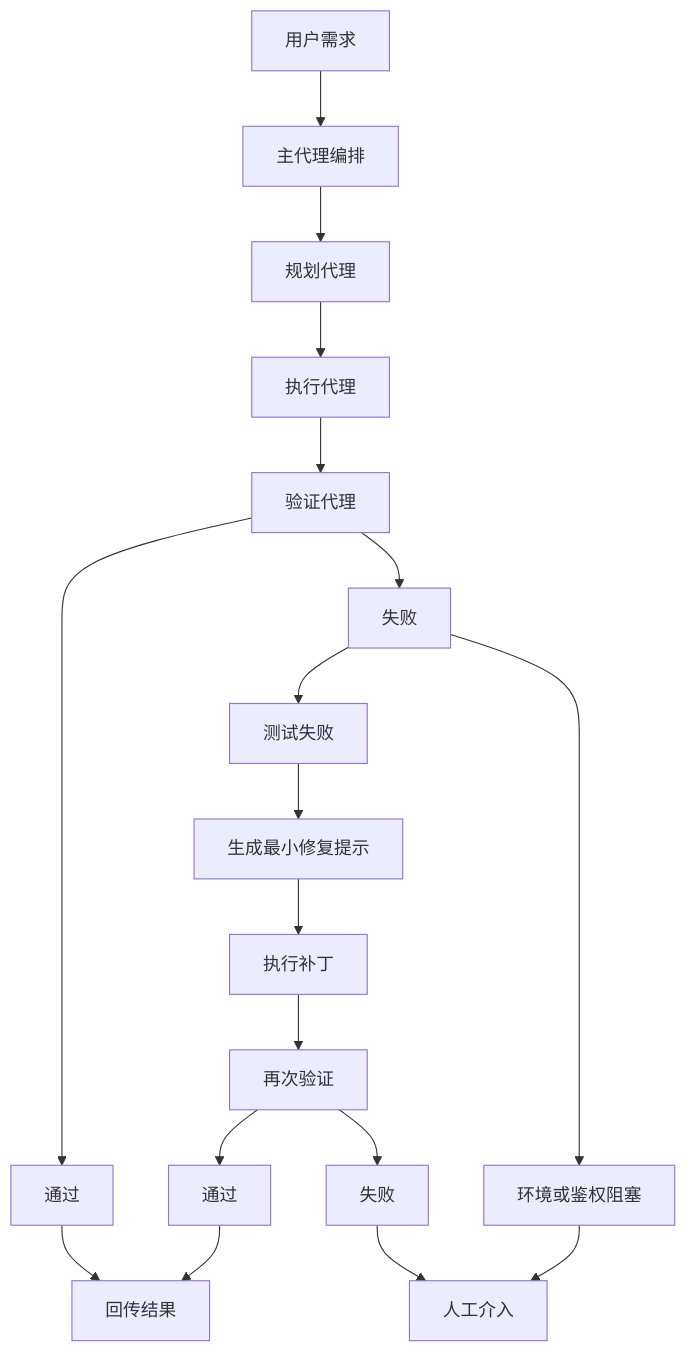
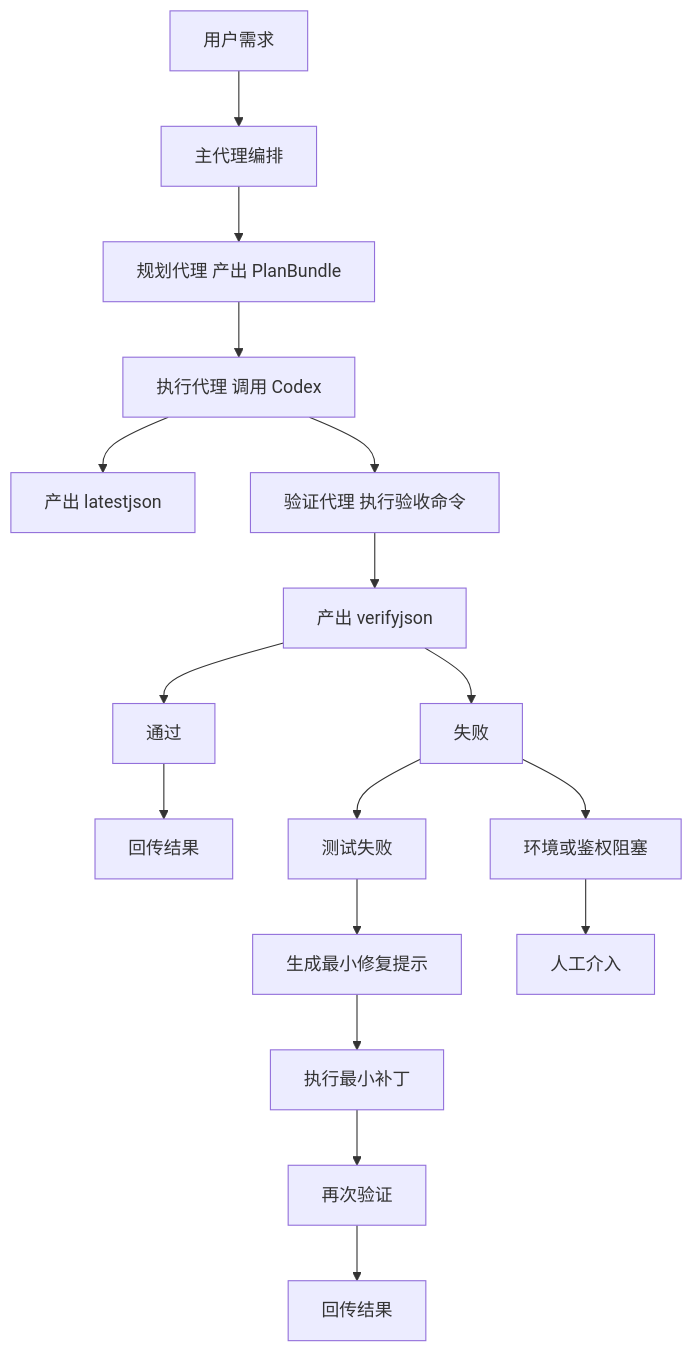
One commit to liyxianren/openclawa_codex changed the diagram in README.md. Above: the diagram before and after it, drawn with Mermaid. The commit also changed other lines of this file and 3 other files, not shown here.

Commit message:
Document execution layer (Codex CLI) and expand architecture

````diff
--- a/README.md
+++ b/README.md
@@ -16,23 +16,24 @@
 ```mermaid
 flowchart TD
   U[用户需求] --> A[主代理编排]
-  A --> P[规划代理]
-  P --> R[执行代理]
-  R --> V[验证代理]
 
-  V --> PASS[通过]
-  PASS --> DONE[回传结果]
+  A --> P[规划代理 产出 PlanBundle]
+  P --> R[执行代理 调用 Codex]
+  R --> L[产出 latestjson]
 
-  V --> FAIL[失败]
-  FAIL --> TF[测试失败]
+  R --> V[验证代理 执行验收命令]
+  V --> Z[产出 verifyjson]
+
+  Z --> OK[通过]
+  OK --> DONE[回传结果]
+
+  Z --> BAD[失败]
+  BAD --> TF[测试失败]
   TF --> FP[生成最小修复提示]
-  FP --> R2[执行补丁]
+  FP --> R2[执行最小补丁]
   R2 --> V2[再次验证]
-  V2 --> PASS2[通过]
-  PASS2 --> DONE
-  V2 --> FAIL2[失败]
-  FAIL2 --> HUMAN[人工介入]
+  V2 --> DONE2[回传结果]
 
-  FAIL --> IA[环境或鉴权阻塞]
-  IA --> HUMAN
+  BAD --> IA[环境或鉴权阻塞]
+  IA --> HUMAN[人工介入]
 ```
````
